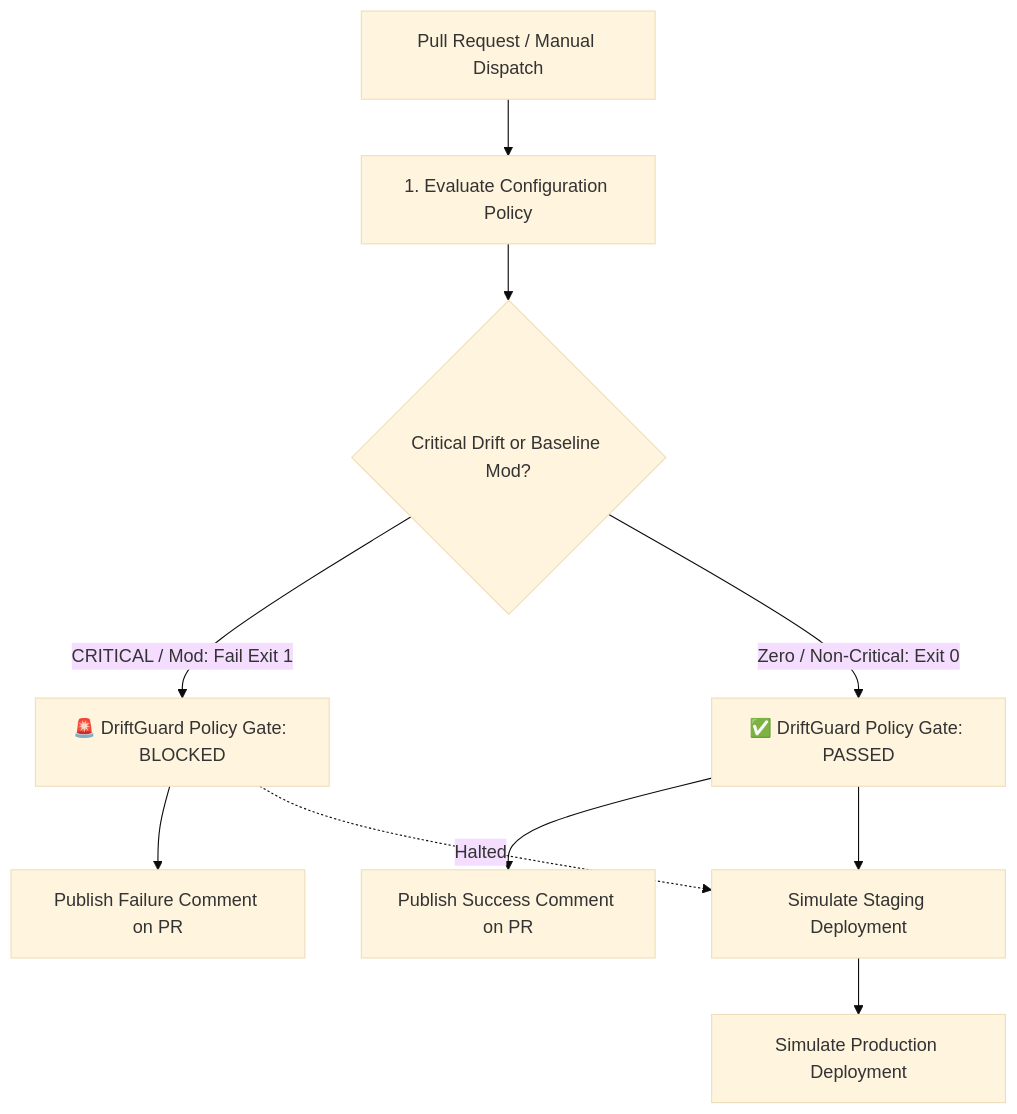
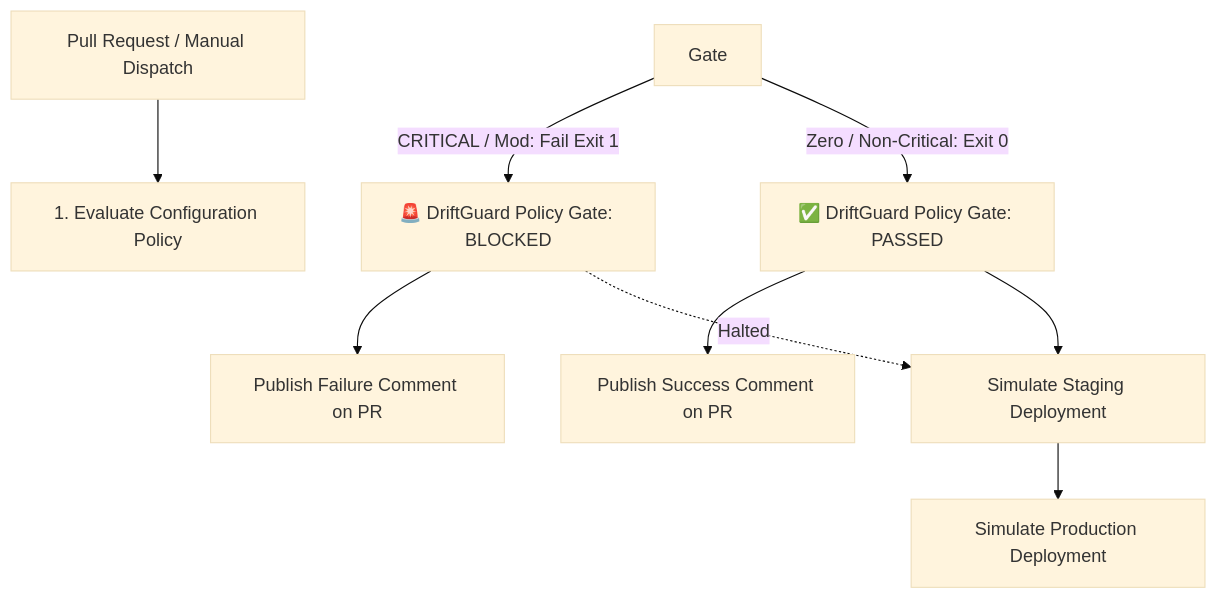
Before and after one commit to jaruguladeepak/driftguard: the second of 2 diagrams in README.md, drawn with Mermaid (base theme). The commit also changed other lines of this file and 16 other files, not shown here.

````diff
--- a/README.md
+++ b/README.md
@@ -70,12 +100,11 @@
 ```mermaid
 flowchart TD
     PR[Pull Request / Manual Dispatch] --> Eval[1. Evaluate Configuration Policy]
-    Eval --> Gate{Critical Drift or Baseline Mod?}
     Gate -->|CRITICAL / Mod: Fail Exit 1| Block[🚨 DriftGuard Policy Gate: BLOCKED]
     Gate -->|Zero / Non-Critical: Exit 0| Pass[✅ DriftGuard Policy Gate: PASSED]
     Block --> PostFail[Publish Failure Comment on PR]
     Pass --> PostPass[Publish Success Comment on PR]
     Pass --> Staging[Simulate Staging Deployment]
     Staging --> Prod[Simulate Production Deployment]
     Block -.->|Halted| Staging
 ```
````
